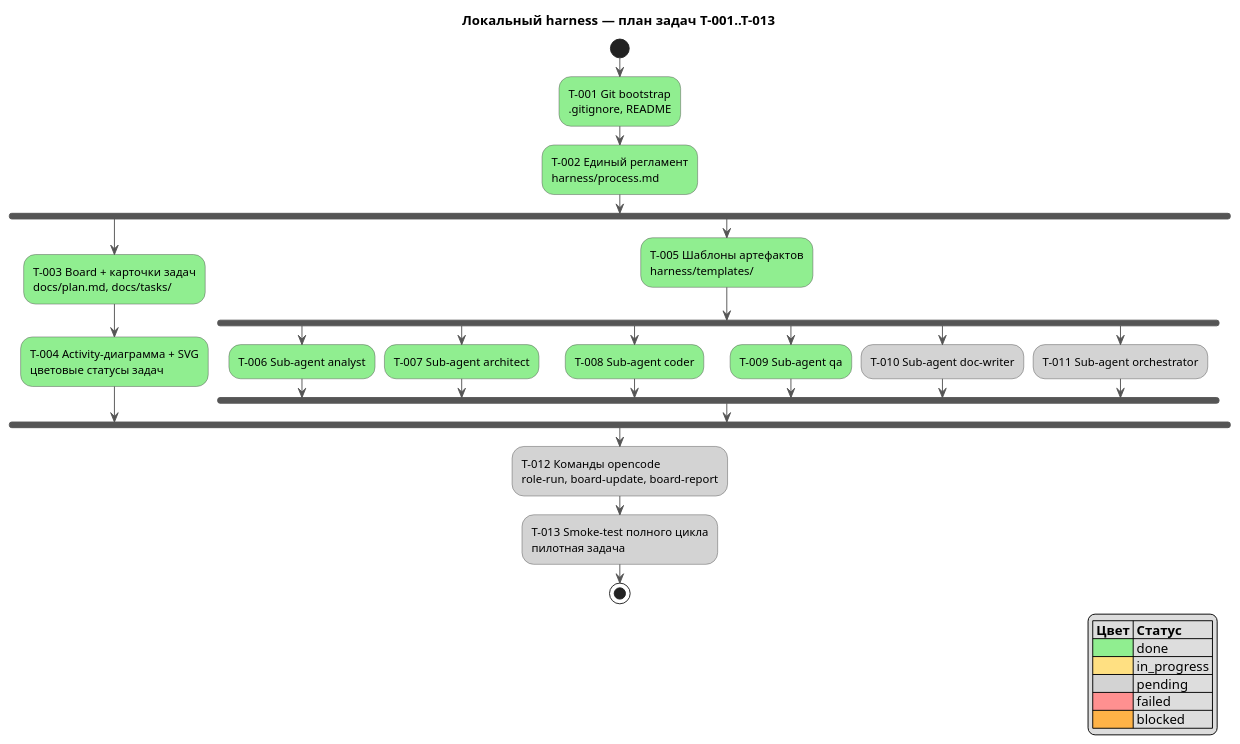
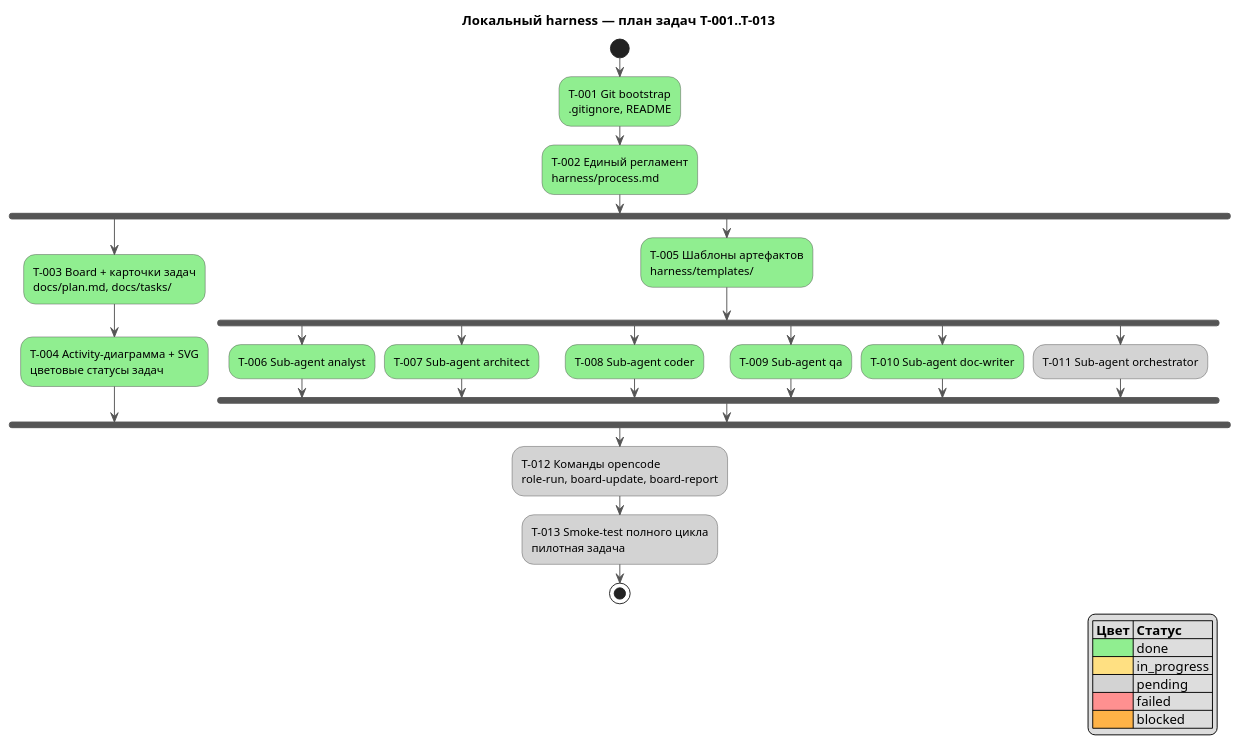
One commit to serge-sasov/harness changed the diagram in docs/activity.puml. Above: the diagram before and after it, drawn with PlantUML. The commit also changed 5 other files, not shown here.

Commit message:
T-010: sub-agent doc-writer (qwen3.8:27b-64k)

```diff
--- a/docs/activity.puml
+++ b/docs/activity.puml
@@ -1,42 +1,42 @@
 @startuml
 skinparam defaultFontName Segoe UI
 skinparam ActivityBackgroundColor #FFFFFF
 skinparam ActivityBorderColor #555555
 skinparam ArrowColor #555555
 title Локальный harness — план задач T-001..T-013
 
 start
 #90EE90:T-001 Git bootstrap\n.gitignore, README;
 #90EE90:T-002 Единый регламент\nharness/process.md;
 fork
   #90EE90:T-003 Board + карточки задач\ndocs/plan.md, docs/tasks/;
   #90EE90:T-004 Activity-диаграмма + SVG\nцветовые статусы задач;
 fork again
   #90EE90:T-005 Шаблоны артефактов\nharness/templates/;
   fork
     #90EE90:T-006 Sub-agent analyst;
   fork again
     #90EE90:T-007 Sub-agent architect;
   fork again
     #90EE90:T-008 Sub-agent coder;
   fork again
     #90EE90:T-009 Sub-agent qa;
   fork again
-    #D3D3D3:T-010 Sub-agent doc-writer;
+    #90EE90:T-010 Sub-agent doc-writer;
   fork again
     #D3D3D3:T-011 Sub-agent orchestrator;
   end fork
 end fork
 #D3D3D3:T-012 Команды opencode\nrole-run, board-update, board-report;
 #D3D3D3:T-013 Smoke-test полного цикла\nпилотная задача;
 stop
 
 legend right
 |= Цвет |= Статус |
 |<#90EE90>| done |
 |<#FFE082>| in_progress |
 |<#D3D3D3>| pending |
 |<#FF9090>| failed |
 |<#FFB347>| blocked |
 endlegend
 @enduml
```
